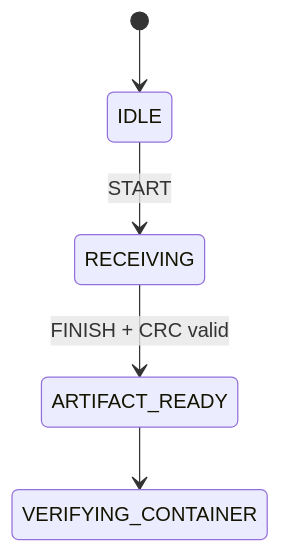
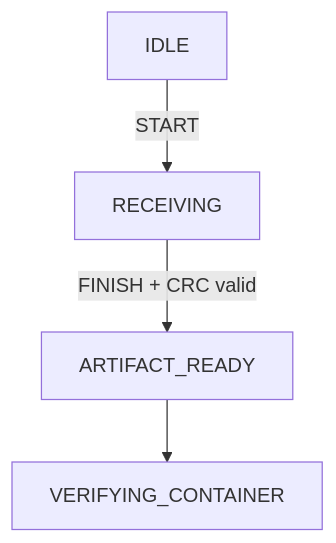
Before and after one commit to haikevins/secure-delta-ota-bootloader: the first of 3 diagrams in docs/boot-state-machine.md, drawn with Mermaid. The commit also changed other lines of this file and 11 other files, not shown here.

````diff
--- a/docs/boot-state-machine.md
+++ b/docs/boot-state-machine.md
@@ -105,8 +105,6 @@
 ```mermaid
-stateDiagram-v2
-    direction TB
-    [*] --> IDLE
-    IDLE --> RECEIVING: START
-    RECEIVING --> ARTIFACT_READY: FINISH + CRC valid
-    ARTIFACT_READY --> VERIFYING_CONTAINER
+flowchart TB
+    IDLE["IDLE"] -->|"START"| RX["RECEIVING"]
+    RX -->|"FINISH + CRC valid"| READY["ARTIFACT_READY"]
+    READY --> VERIFY["VERIFYING_CONTAINER"]
 ```
````
